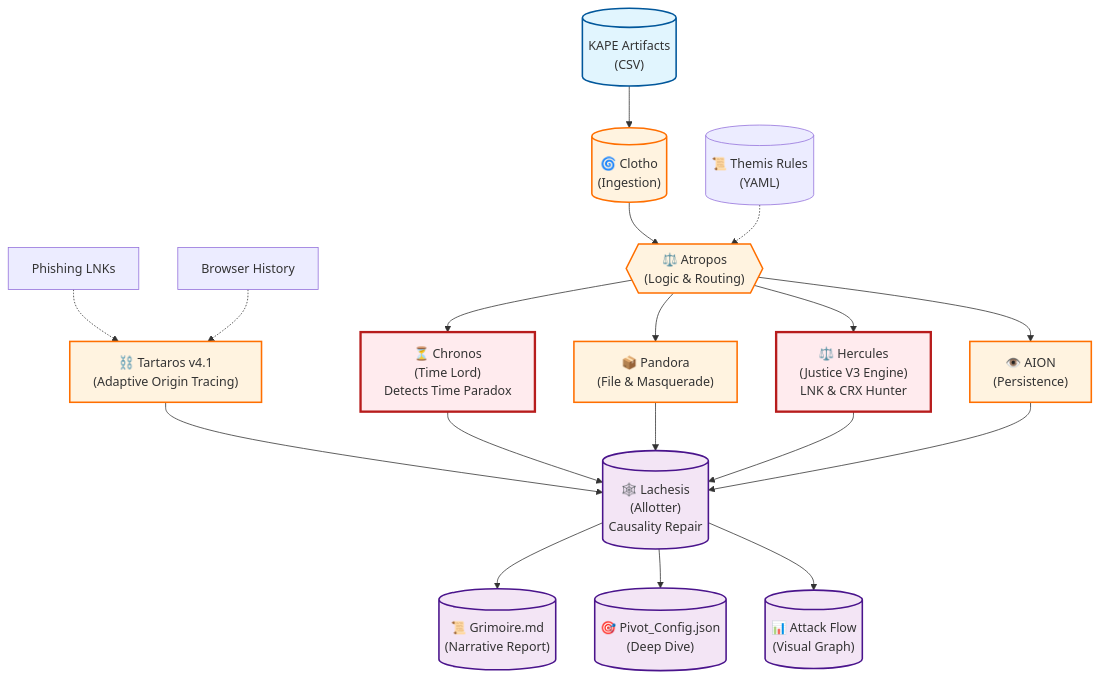
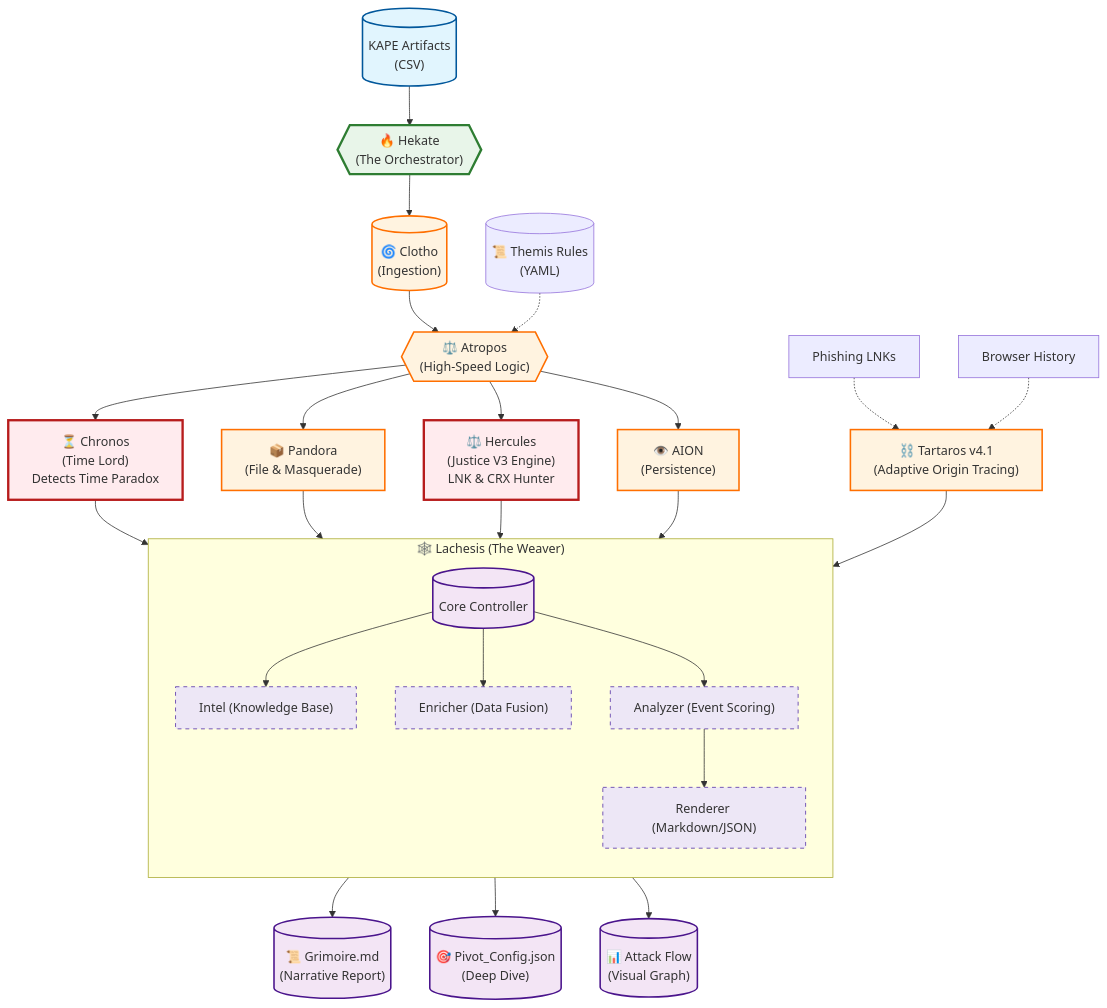
Before and after one commit to schutzz/SkiaHelios: the diagram in README.md, drawn with Mermaid. The commit also changed other lines of this file, not shown here.

````diff
--- a/README.md
+++ b/README.md
@@ -24,37 +24,54 @@
 ```mermaid
 graph TD
     %% Define Styles
     classDef input fill:#e1f5fe,stroke:#01579b,stroke-width:2px;
+    classDef core fill:#e8f5e9,stroke:#2e7d32,stroke-width:3px;
     classDef engine fill:#fff3e0,stroke:#ff6f00,stroke-width:2px;
     classDef judge fill:#ffebee,stroke:#b71c1c,stroke-width:3px;
     classDef report fill:#f3e5f5,stroke:#4a148c,stroke-width:2px;
+    classDef submod fill:#ede7f6,stroke:#512da8,stroke-width:1px,stroke-dasharray: 5 5;
 
     %% Input Stage
-    Input[("KAPE Artifacts\n(CSV)")]:::input --> Clotho[("🌀 Clotho\n(Ingestion)")]:::engine
+    Input[("KAPE Artifacts\n(CSV)")]:::input --> Hekate{{"🔥 Hekate\n(The Orchestrator)"}}:::core
     
-    %% Analysis Stage (Themis Logic)
-    Clotho --> Atropos{{"⚖️ Atropos\n(Logic & Routing)"}}:::engine
+    %% Ingestion & Analysis
+    Hekate --> Clotho[("🌀 Clotho\n(Ingestion)")]:::engine
+    Clotho --> Atropos{{"⚖️ Atropos\n(High-Speed Logic)"}}:::engine
     Rules[("📜 Themis Rules\n(YAML)")] -.-> Atropos
     
     %% Specialized Modules
     Atropos --> Chronos["⏳ Chronos\n(Time Lord)\nDetects Time Paradox"]:::judge
     Atropos --> Pandora["📦 Pandora\n(File & Masquerade)"]:::engine
     Atropos --> Hercules["⚖️ Hercules\n(Justice V3 Engine)\nLNK & CRX Hunter"]:::judge
     Atropos --> Aion["👁️ AION\n(Persistence)"]:::engine
     
     %% Origin Tracing
     LNKs["Phishing LNKs"] -.-> Tartaros["⛓️ Tartaros v4.1\n(Adaptive Origin Tracing)"]:::engine
     History["Browser History"] -.-> Tartaros
-    Tartaros --> Lachesis
     
-    %% Reporting Stage
-    Chronos --> Lachesis[("🕸️ Lachesis\n(Allotter)\nCausality Repair")]:::report
-    Pandora --> Lachesis
-    Hercules --> Lachesis
-    Aion --> Lachesis
+    %% Reporting Stage (Modular Lachesis)
+    subgraph Lachesis_Module ["🕸️ Lachesis (The Weaver)"]
+        direction TB
+        L_Core[("Core Controller")]:::report
+        L_Intel["Intel (Knowledge Base)"]:::submod
+        L_Enrich["Enricher (Data Fusion)"]:::submod
+        L_Analyzer["Analyzer (Event Scoring)"]:::submod
+        L_Render["Renderer (Markdown/JSON)"]:::submod
+        
+        L_Core --> L_Intel
+        L_Core --> L_Enrich
+        L_Core --> L_Analyzer
+        L_Analyzer --> L_Render
+    end
+
+    Chronos --> L_Core
+    Pandora --> L_Core
+    Hercules --> L_Core
+    Aion --> L_Core
+    Tartaros --> L_Core
     
     %% Output
-    Lachesis --> Report[("📜 Grimoire.md\n(Narrative Report)")]:::report
-    Lachesis --> Pivot[("🎯 Pivot_Config.json\n(Deep Dive)")]:::report
-    Lachesis --> Mermaid[("📊 Attack Flow\n(Visual Graph)")]:::report
+    L_Render --> Report[("📜 Grimoire.md\n(Narrative Report)")]:::report
+    L_Render --> Pivot[("🎯 Pivot_Config.json\n(Deep Dive)")]:::report
+    L_Render --> Mermaid[("📊 Attack Flow\n(Visual Graph)")]:::report
 ```
````
